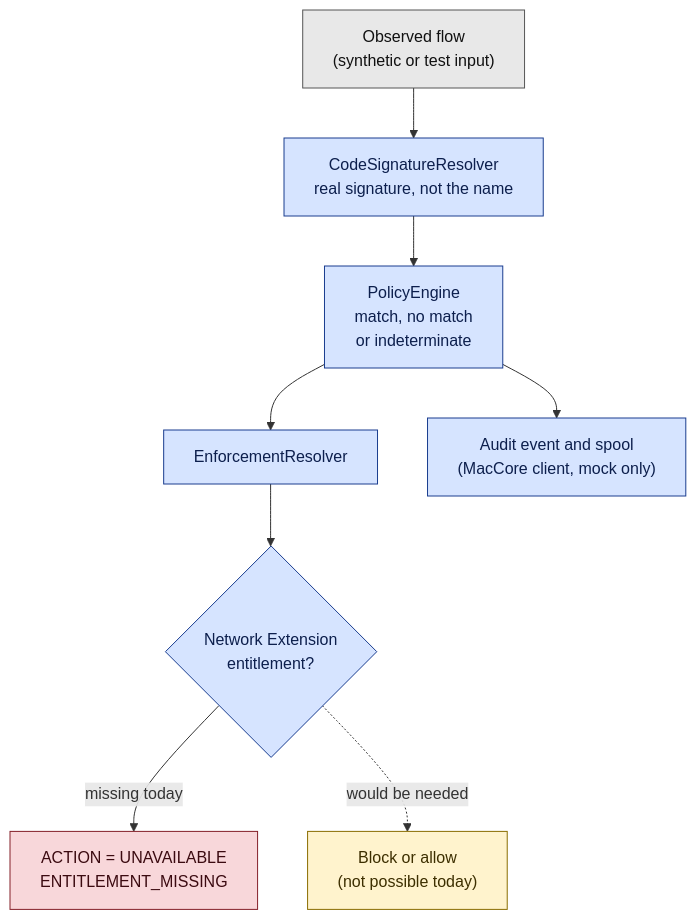
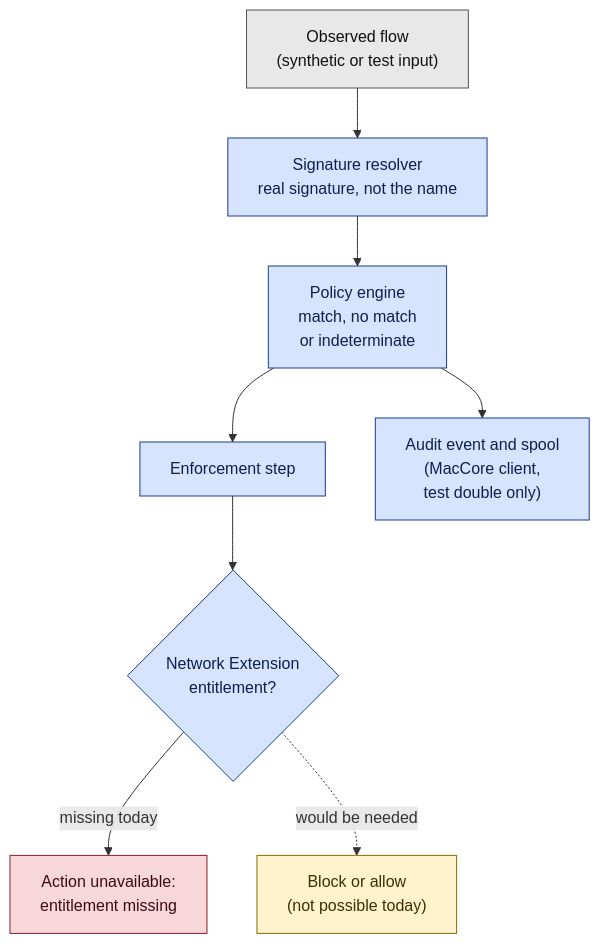
The diagram in docs/wiki/diagrams/firewall-decision.mmd (MacGuard/macguard-yara-channel), drawn with Mermaid before and after one commit. The commit also changed 53 other files, not shown here.

```diff
--- a/docs/wiki/diagrams/firewall-decision.mmd
+++ b/docs/wiki/diagrams/firewall-decision.mmd
@@ -1,12 +1,12 @@
 flowchart TB
-  A["Observed flow<br/>(synthetic or test input)"]:::inp --> B["CodeSignatureResolver<br/>real signature, not the name"]:::ok
-  B --> C["PolicyEngine<br/>match, no match<br/>or indeterminate"]:::ok
-  C --> D["EnforcementResolver"]:::ok
+  A["Observed flow<br/>(synthetic or test input)"]:::inp --> B["Signature resolver<br/>real signature, not the name"]:::ok
+  B --> C["Policy engine<br/>match, no match<br/>or indeterminate"]:::ok
+  C --> D["Enforcement step"]:::ok
   D --> E{"Network Extension<br/>entitlement?"}:::ok
-  E -- "missing today" --> F["ACTION = UNAVAILABLE<br/>ENTITLEMENT_MISSING"]:::blocked
+  E -- "missing today" --> F["Action unavailable:<br/>entitlement missing"]:::blocked
   E -. "would be needed" .-> G["Block or allow<br/>(not possible today)"]:::plan
-  C --> H["Audit event and spool<br/>(MacCore client, mock only)"]:::ok
+  C --> H["Audit event and spool<br/>(MacCore client,<br/>test double only)"]:::ok
   classDef inp fill:#e8e8e8,stroke:#555555,color:#111111
   classDef ok fill:#d6e4ff,stroke:#1a3d8f,color:#0d1f4d
   classDef blocked fill:#f8d7da,stroke:#842029,color:#3b0a10
   classDef plan fill:#fff3cd,stroke:#8a6d00,color:#3d2f00
```
